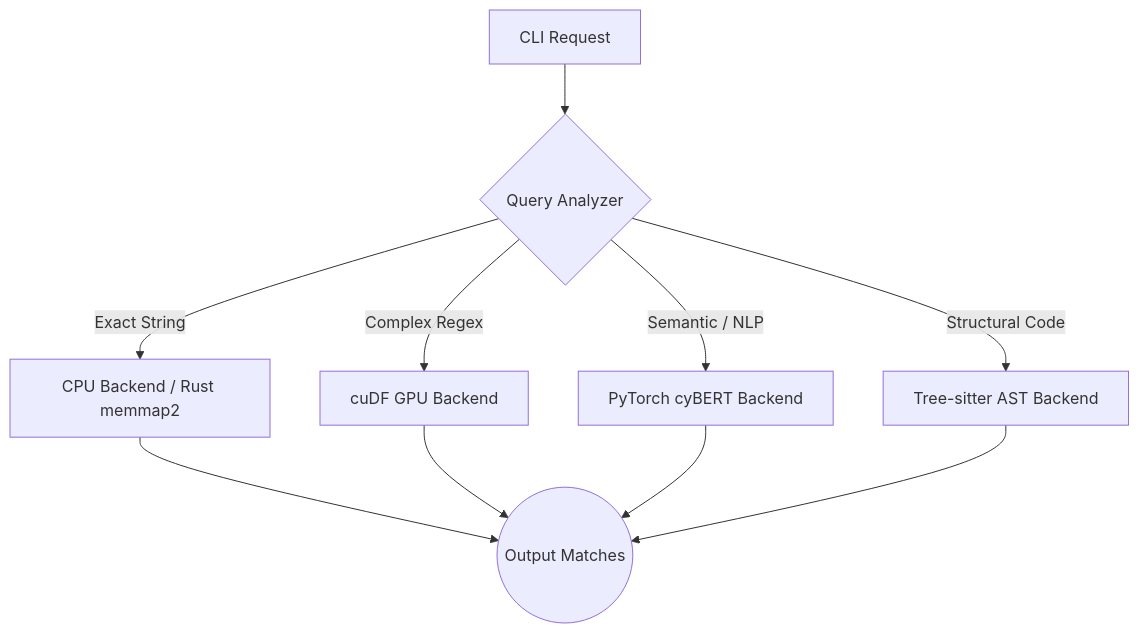
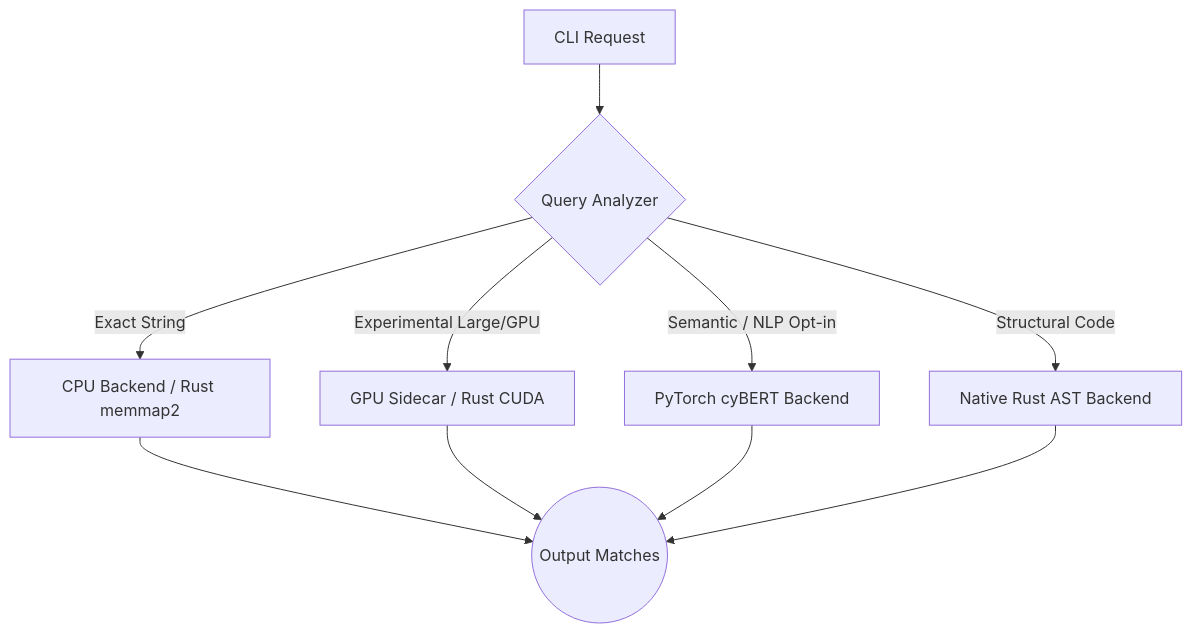
One commit to oimiragieo/tensor-grep changed the first of 3 diagrams in docs/PAPER.md. Above: the diagram before and after it, drawn with Mermaid. The commit also changed other lines of this file and 17 other files, not shown here.

````diff
--- a/docs/PAPER.md
+++ b/docs/PAPER.md
@@ -108,13 +114,13 @@
 ```mermaid
 flowchart TD
     A[CLI Request] --> B{Query Analyzer}
     B -->|Exact String| C[CPU Backend / Rust memmap2]
-    B -->|Complex Regex| D[cuDF GPU Backend]
-    B -->|Semantic / NLP| E[PyTorch cyBERT Backend]
-    B -->|Structural Code| F[Tree-sitter AST Backend]
+    B -->|Experimental Large/GPU| D[GPU Sidecar / Rust CUDA]
+    B -->|Semantic / NLP Opt-in| E[PyTorch cyBERT Backend]
+    B -->|Structural Code| F[Native Rust AST Backend]
     
     C --> G((Output Matches))
     D --> G
     E --> G
     F --> G
 ```
````
